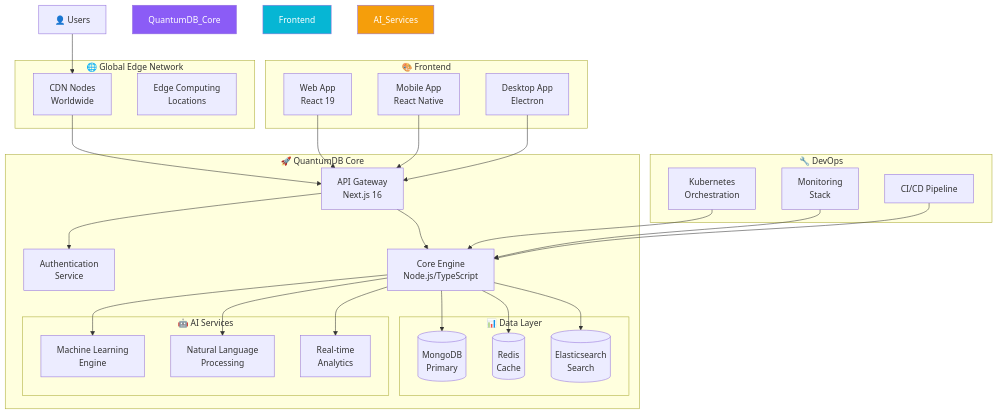
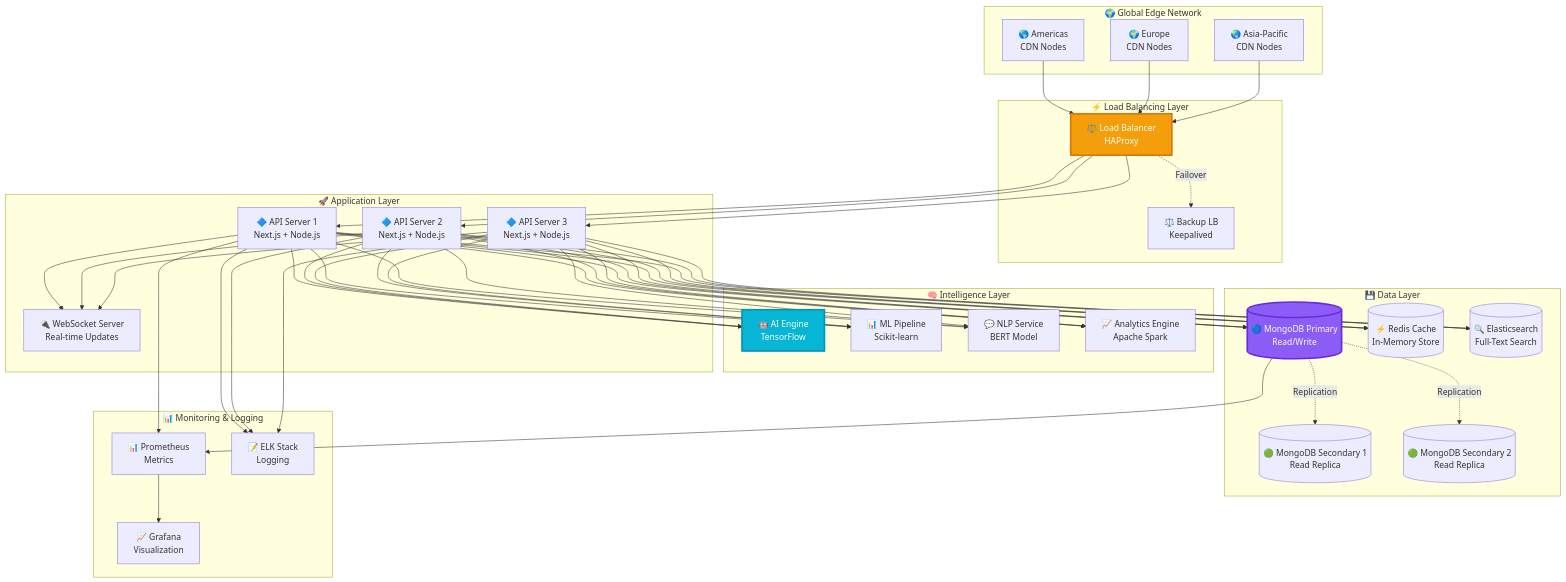
Before and after one commit to Anish-2005/Database-Management-System: the third of 10 diagrams in README.md, drawn with Mermaid. The commit also changed other lines of this file, not shown here.

````diff
--- a/README.md
+++ b/README.md
@@ -52,58 +293,57 @@
 ```mermaid
 graph TB
-    subgraph "🌐 Global Edge Network"
-        CDN[CDN Nodes<br/>Worldwide]
-        Edge[Edge Computing<br/>Locations]
+    subgraph "🌍 Global Edge Network"
+        CDN1[🌎 Americas<br/>CDN Nodes]
+        CDN2[🌍 Europe<br/>CDN Nodes]
+        CDN3[🌏 Asia-Pacific<br/>CDN Nodes]
     end
 
-    subgraph "🚀 QuantumDB Core"
-        API[API Gateway<br/>Next.js 16]
-        Auth[Authentication<br/>Service]
-        Core[Core Engine<br/>Node.js/TypeScript]
-
-        subgraph "📊 Data Layer"
-            MongoDB[(MongoDB<br/>Primary)]
-            Redis[(Redis<br/>Cache)]
-            ES[(Elasticsearch<br/>Search)]
-        end
-
-        subgraph "🤖 AI Services"
-            ML[Machine Learning<br/>Engine]
-            NLP[Natural Language<br/>Processing]
-            Analytics[Real-time<br/>Analytics]
-        end
+    subgraph "⚡ Load Balancing Layer"
+        LB[⚖️ Load Balancer<br/>HAProxy]
+        LB2[⚖️ Backup LB<br/>Keepalived]
     end
 
-    subgraph "🎨 Frontend"
-        Web[Web App<br/>React 19]
-        Mobile[Mobile App<br/>React Native]
-        Desktop[Desktop App<br/>Electron]
+    subgraph "🚀 Application Layer"
+        API1[🔷 API Server 1<br/>Next.js + Node.js]
+        API2[🔷 API Server 2<br/>Next.js + Node.js]
+        API3[🔷 API Server 3<br/>Next.js + Node.js]
+        WS[🔌 WebSocket Server<br/>Real-time Updates]
     end
 
-    subgraph "🔧 DevOps"
-        K8s[Kubernetes<br/>Orchestration]
-        Monitoring[Monitoring<br/>Stack]
-        CI[CI/CD Pipeline]
+    subgraph "🧠 Intelligence Layer"
+        AI[🤖 AI Engine<br/>TensorFlow]
+        ML[📊 ML Pipeline<br/>Scikit-learn]
+        NLP[💬 NLP Service<br/>BERT Model]
+        Analytics[📈 Analytics Engine<br/>Apache Spark]
     end
 
-    User[👤 Users] --> CDN
-    CDN --> API
-    API --> Auth
-    API --> Core
-    Core --> MongoDB
-    Core --> Redis
-    Core --> ES
-    Core --> ML
-    Core --> NLP
-    Core --> Analytics
-    Web --> API
-    Mobile --> API
-    Desktop --> API
-    K8s --> Core
-    Monitoring --> Core
-    CI --> Core
+    subgraph "💾 Data Layer"
+        Primary[(🔵 MongoDB Primary<br/>Read/Write)]
+        Secondary1[(🟢 MongoDB Secondary 1<br/>Read Replica)]
+        Secondary2[(🟢 MongoDB Secondary 2<br/>Read Replica)]
+        Redis[(⚡ Redis Cache<br/>In-Memory Store)]
+        ES[(🔍 Elasticsearch<br/>Full-Text Search)]
+    end
 
-    style QuantumDB_Core fill:#8b5cf6,color:#fff
-    style Frontend fill:#06b6d4,color:#fff
-    style AI_Services fill:#f59e0b,color:#fff
+    subgraph "📊 Monitoring & Logging"
+        Prometheus[📊 Prometheus<br/>Metrics]
+        Grafana[📈 Grafana<br/>Visualization]
+        ELK[📝 ELK Stack<br/>Logging]
+    end
+
+    CDN1 & CDN2 & CDN3 --> LB
+    LB -.Failover.-> LB2
+    LB --> API1 & API2 & API3
+    API1 & API2 & API3 --> WS
+    API1 & API2 & API3 --> AI & ML & NLP & Analytics
+    API1 & API2 & API3 --> Primary
+    Primary -.Replication.-> Secondary1 & Secondary2
+    API1 & API2 & API3 --> Redis
+    API1 & API2 & API3 --> ES
+    Primary & API1 --> Prometheus --> Grafana
+    API1 & API2 & API3 --> ELK
+
+    style Primary fill:#8b5cf6,stroke:#6d28d9,color:#fff,stroke-width:3px
+    style AI fill:#06b6d4,stroke:#0891b2,color:#fff,stroke-width:3px
+    style LB fill:#f59e0b,stroke:#d97706,color:#fff,stroke-width:3px
 ```
````
